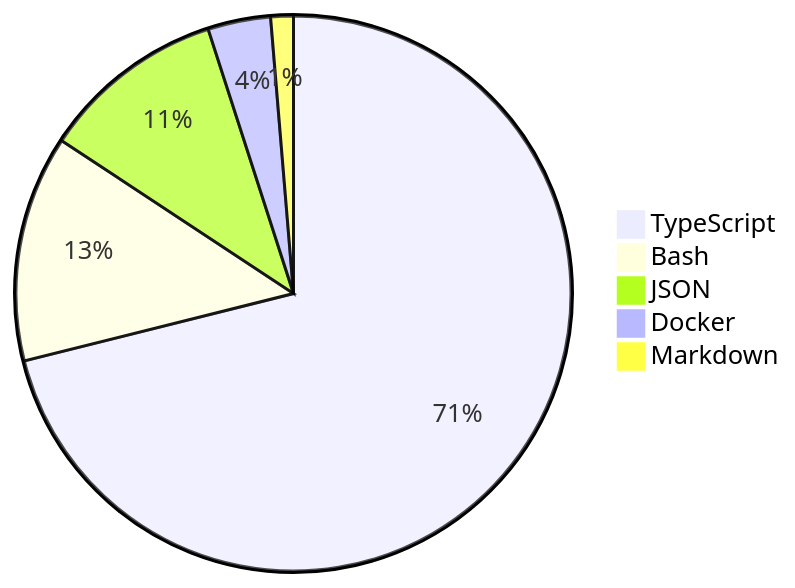
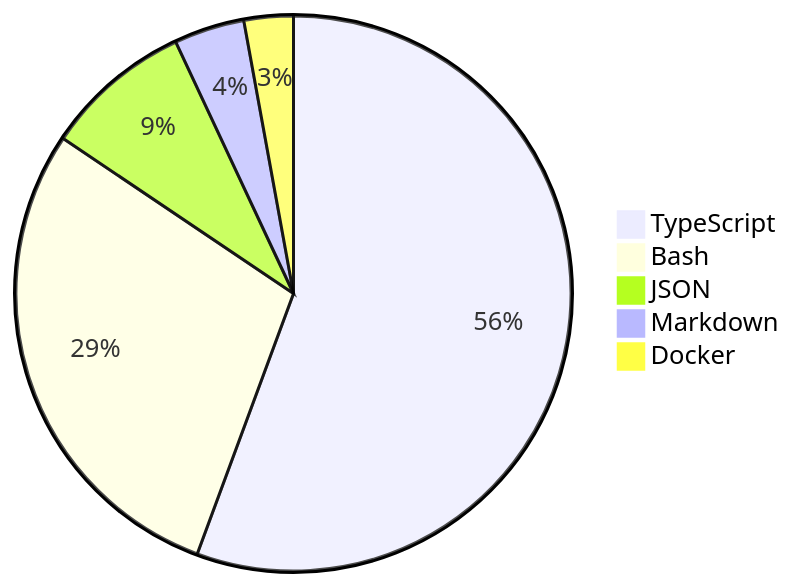
Before and after one commit to skvggor/skvggor: the diagram in README.md, drawn with Mermaid.

Commit message:
Updated waka-readme graph with new metrics

````diff
--- a/README.md
+++ b/README.md
@@ -28,8 +28,8 @@
 ```mermaid
 pie
-    "TypeScript" : 70.1
-    "Bash" : 13.0
-    "JSON" : 10.6
-    "Docker" : 3.6
-    "Markdown" : 1.3
+    "TypeScript" : 54.3
+    "Bash" : 28.1
+    "JSON" : 8.4
+    "Markdown" : 4.0
+    "Docker" : 2.8
 ```
````
